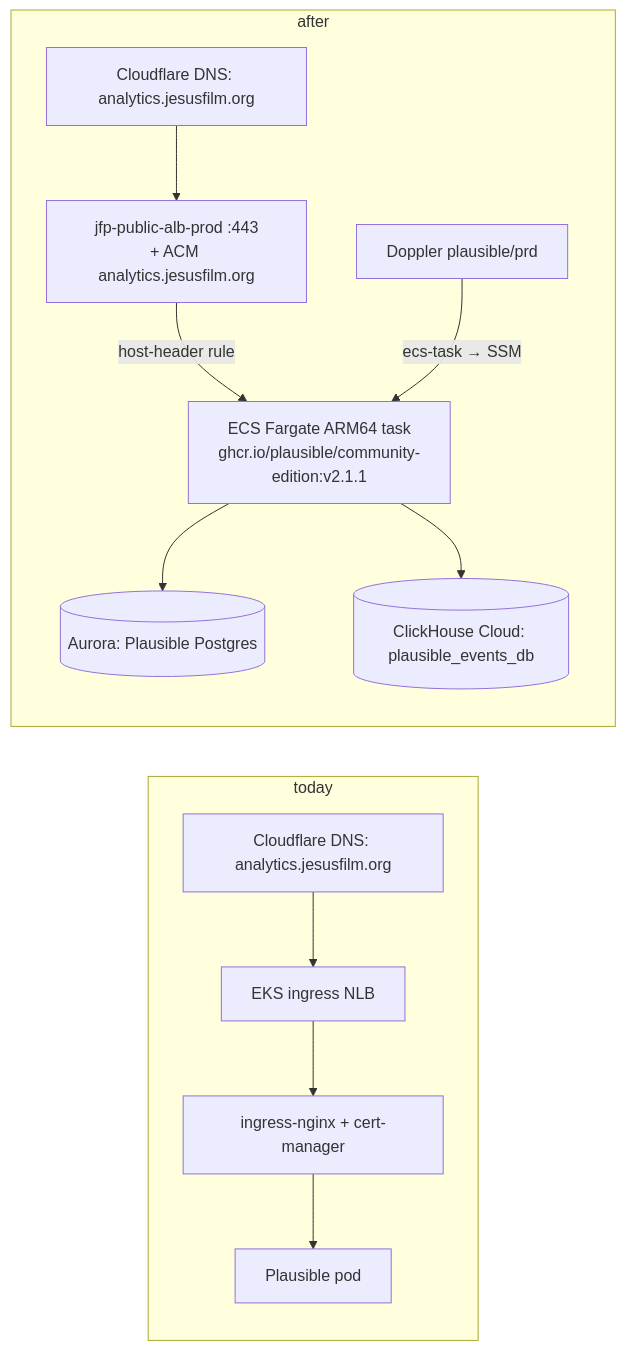
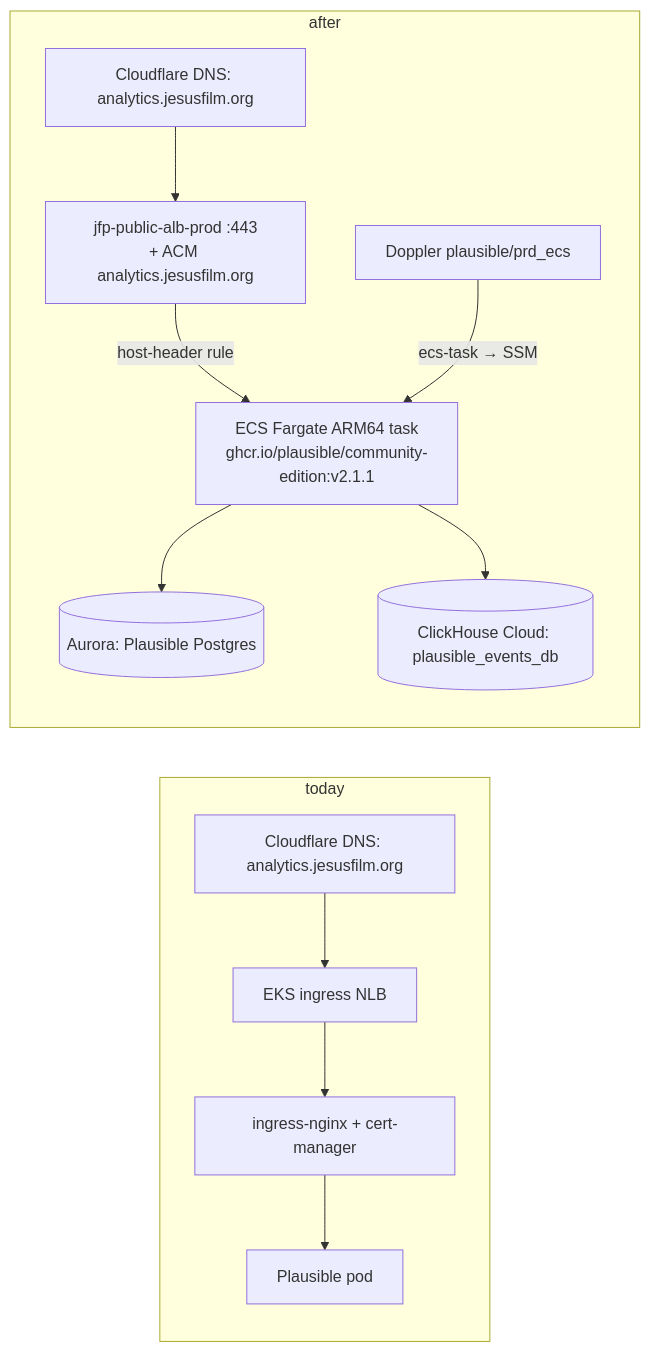
The diagram in docs/plans/2026-10-14-002-feat-plausible-on-ecs-graviton-plan.md (JesusFilm/core), drawn with Mermaid before and after one commit. The commit also changed other lines of this file, not shown here.

First line of the commit message:
docs(infrastructure): bring the Plausible ECS plan's units in line with the revision

````diff
--- a/docs/plans/2026-10-14-002-feat-plausible-on-ecs-graviton-plan.md
+++ b/docs/plans/2026-10-14-002-feat-plausible-on-ecs-graviton-plan.md
@@ -150,14 +150,14 @@
 ```mermaid
 flowchart LR
   subgraph Before["today"]
     CF[Cloudflare DNS: analytics.jesusfilm.org] --> NLB[EKS ingress NLB]
     NLB --> IN[ingress-nginx + cert-manager] --> P1[Plausible pod]
   end
   subgraph After["after"]
     CF2[Cloudflare DNS: analytics.jesusfilm.org] --> ALB[jfp-public-alb-prod :443<br/>+ ACM analytics.jesusfilm.org]
     ALB -->|host-header rule| T[ECS Fargate ARM64 task<br/>ghcr.io/plausible/community-edition:v2.1.1]
-    D[Doppler plausible/prd] -->|ecs-task → SSM| T
+    D[Doppler plausible/prd_ecs] -->|ecs-task → SSM| T
     T --> PG[(Aurora: Plausible Postgres)]
     T --> CH[(ClickHouse Cloud: plausible_events_db)]
   end
 ```
````
